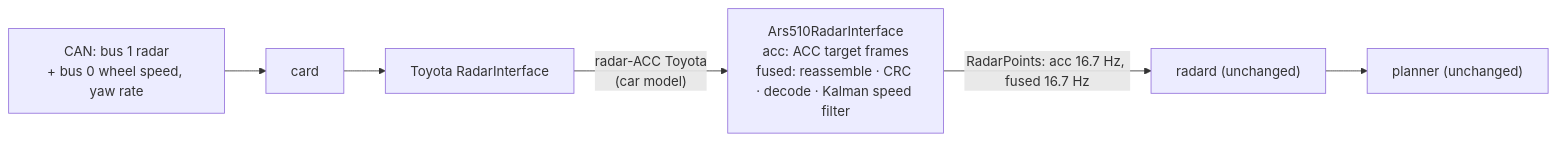
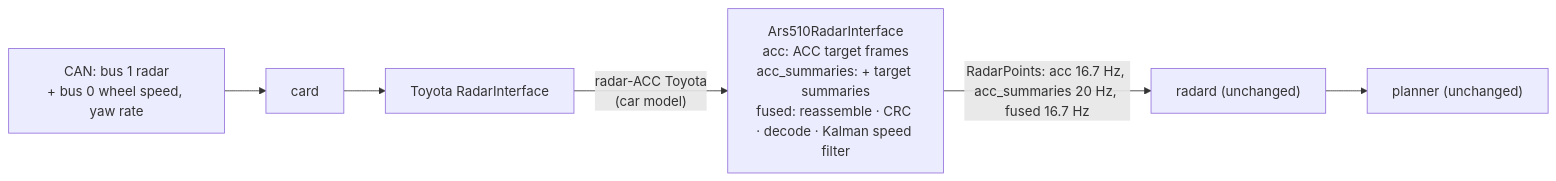
Before and after one commit to ds-sebastian/ars510-radar: the diagram in README.md, drawn with Mermaid. The commit also changed other lines of this file and 13 other files, not shown here.

````diff
--- a/README.md
+++ b/README.md
@@ -200,6 +200,6 @@
 ```mermaid
 flowchart LR
     CAN["CAN: bus 1 radar<br/>+ bus 0 wheel speed, yaw rate"] --> card --> RI["Toyota RadarInterface"]
-    RI -- "radar-ACC Toyota<br/>(car model)" --> A["Ars510RadarInterface<br/>acc: ACC target frames<br/>fused: reassemble · CRC · decode · Kalman speed filter"]
-    A -- "RadarPoints: acc 16.7 Hz, fused 16.7 Hz" --> radard["radard (unchanged)"] --> planner["planner (unchanged)"]
+    RI -- "radar-ACC Toyota<br/>(car model)" --> A["Ars510RadarInterface<br/>acc: ACC target frames<br/>acc_summaries: + target summaries<br/>fused: reassemble · CRC · decode · Kalman speed filter"]
+    A -- "RadarPoints: acc 16.7 Hz, acc_summaries 20 Hz, fused 16.7 Hz" --> radard["radard (unchanged)"] --> planner["planner (unchanged)"]
 ```
````
